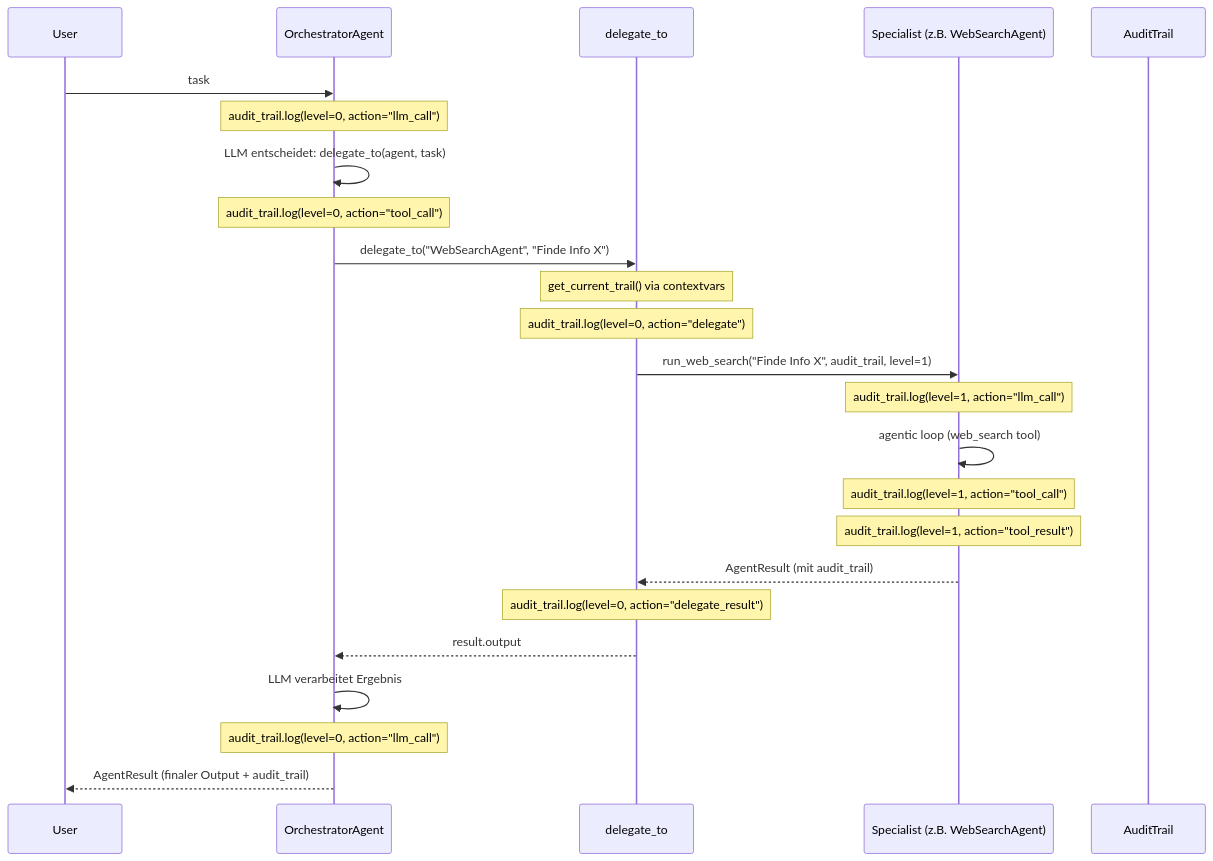
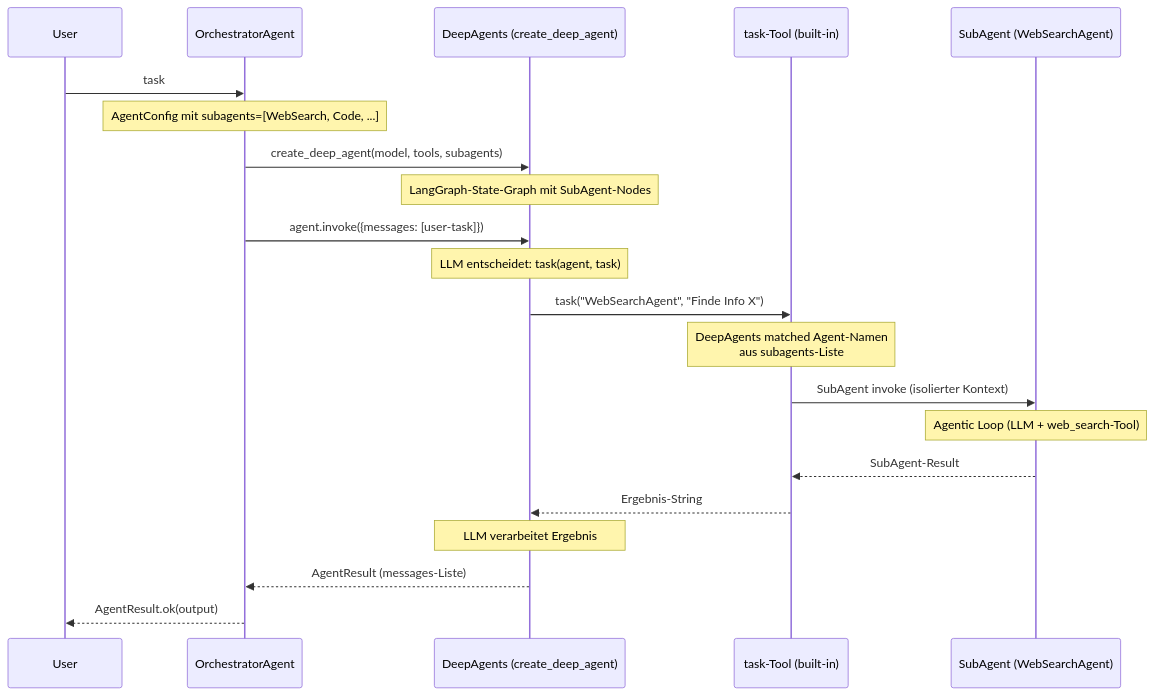
The fourth of 8 diagrams in docs/architektur.md (schraenko/agent-smith), drawn with Mermaid before and after one commit. The commit also changed other lines of this file and 26 other files, not shown here.

First line of the commit message:
DeepAgents-Migration + Doku-Update + misc-Ignore

````diff
--- a/docs/architektur.md
+++ b/docs/architektur.md
@@ -778,27 +864,24 @@
 ```mermaid
 sequenceDiagram
     participant U as User
     participant O as OrchestratorAgent
-    participant D as delegate_to
-    participant S as Specialist (z.B. WebSearchAgent)
-    participant A as AuditTrail
+    participant DA as DeepAgents (create_deep_agent)
+    participant T as task-Tool (built-in)
+    participant S as SubAgent (WebSearchAgent)
 
     U->>O: task
-    Note over O: audit_trail.log(level=0, action="llm_call")
-    O->>O: LLM entscheidet: delegate_to(agent, task)
-    Note over O: audit_trail.log(level=0, action="tool_call")
-    O->>D: delegate_to("WebSearchAgent", "Finde Info X")
-    Note over D: get_current_trail() via contextvars
-    Note over D: audit_trail.log(level=0, action="delegate")
-    D->>S: run_web_search("Finde Info X", audit_trail, level=1)
-    Note over S: audit_trail.log(level=1, action="llm_call")
-    S->>S: agentic loop (web_search tool)
-    Note over S: audit_trail.log(level=1, action="tool_call")
-    Note over S: audit_trail.log(level=1, action="tool_result")
-    S-->>D: AgentResult (mit audit_trail)
-    Note over D: audit_trail.log(level=0, action="delegate_result")
-    D-->>O: result.output
-    O->>O: LLM verarbeitet Ergebnis
-    Note over O: audit_trail.log(level=0, action="llm_call")
-    O-->>U: AgentResult (finaler Output + audit_trail)
+    Note over O: AgentConfig mit subagents=[WebSearch, Code, ...]
+    O->>DA: create_deep_agent(model, tools, subagents)
+    Note over DA: LangGraph-State-Graph mit SubAgent-Nodes
+    O->>DA: agent.invoke({messages: [user-task]})
+    Note over DA: LLM entscheidet: task(agent, task)
+    DA->>T: task("WebSearchAgent", "Finde Info X")
+    Note over T: DeepAgents matched Agent-Namen<br/>aus subagents-Liste
+    T->>S: SubAgent invoke (isolierter Kontext)
+    Note over S: Agentic Loop (LLM + web_search-Tool)
+    S-->>T: SubAgent-Result
+    T-->>DA: Ergebnis-String
+    Note over DA: LLM verarbeitet Ergebnis
+    DA-->>O: AgentResult (messages-Liste)
+    O-->>U: AgentResult.ok(output)
 ```
````
